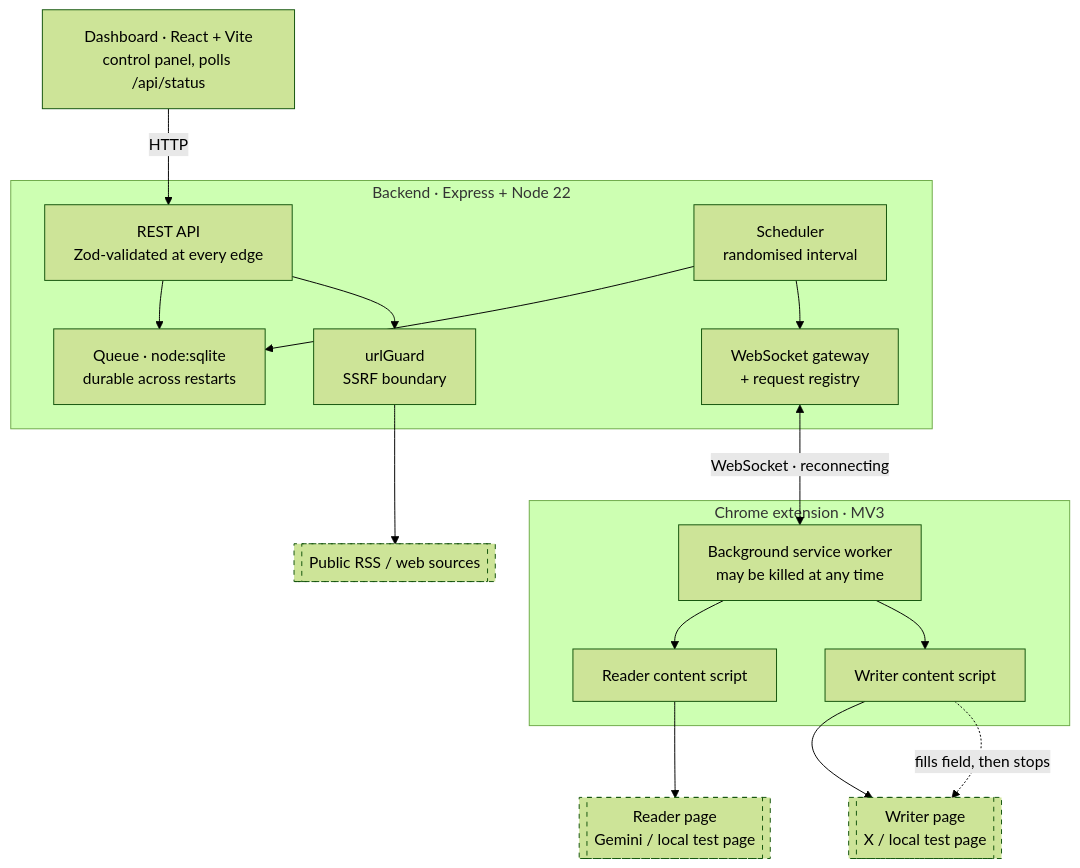
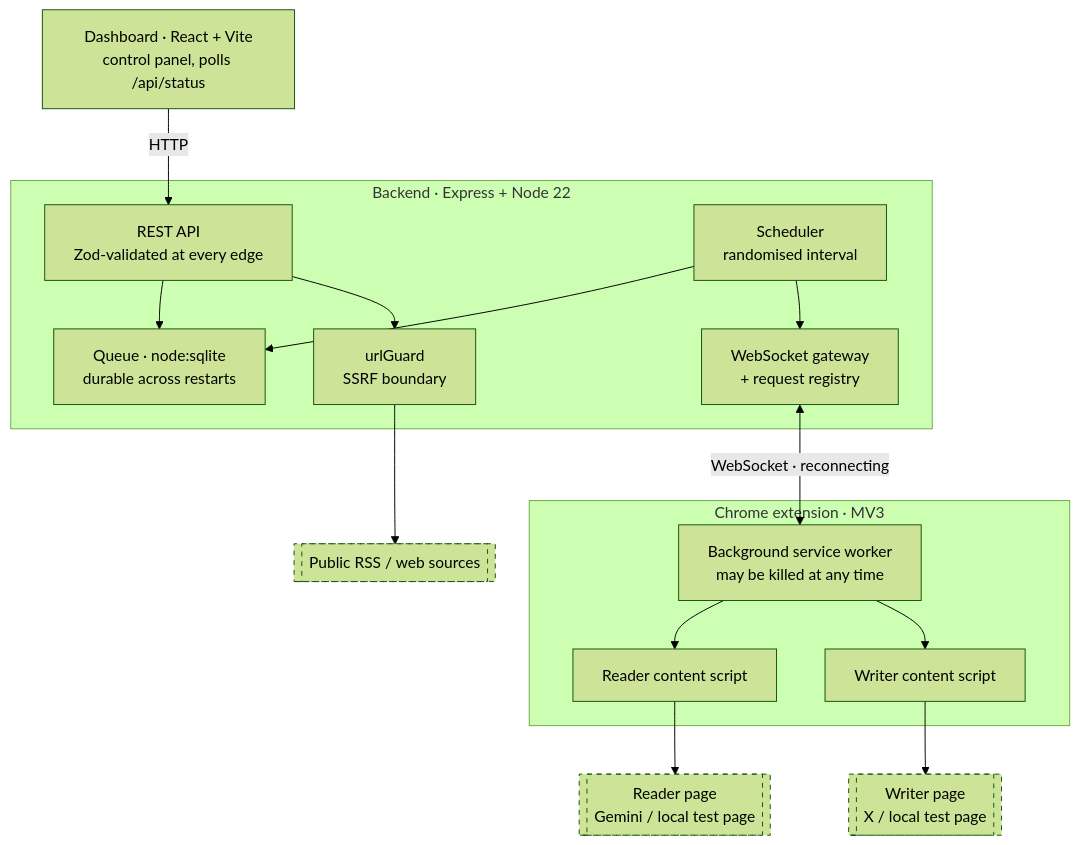
The first of 2 diagrams in README.md (atj393/local-browser-automation-bridge), drawn with Mermaid (forest theme) before and after one commit. The commit also changed other lines of this file and 1 other file, not shown here.

````diff
--- a/README.md
+++ b/README.md
@@ -43,35 +53,34 @@
 ```mermaid
 flowchart TD
     DASH["Dashboard · React + Vite<br/>control panel, polls /api/status"]
 
     subgraph BE["Backend · Express + Node 22"]
         API["REST API<br/>Zod-validated at every edge"]
         QUEUE["Queue · node:sqlite<br/>durable across restarts"]
         SCHED["Scheduler<br/>randomised interval"]
         GW["WebSocket gateway<br/>+ request registry"]
         GUARD["urlGuard<br/>SSRF boundary"]
     end
 
     subgraph EXT["Chrome extension · MV3"]
         BG["Background service worker<br/>may be killed at any time"]
         READER["Reader content script"]
         WRITER["Writer content script"]
     end
 
     LLM[["Reader page<br/>Gemini / local test page"]]
     TARGET[["Writer page<br/>X / local test page"]]
     WEB[["Public RSS / web sources"]]
 
     DASH -->|HTTP| API
     API --> QUEUE
     SCHED --> QUEUE
     SCHED --> GW
     API --> GUARD --> WEB
     GW <-->|"WebSocket · reconnecting"| BG
     BG --> READER --> LLM
     BG --> WRITER --> TARGET
-    WRITER -.->|"fills field, then stops"| TARGET
 
     classDef ext stroke-dasharray: 5 5
     class LLM,TARGET,WEB ext
 ```
````
